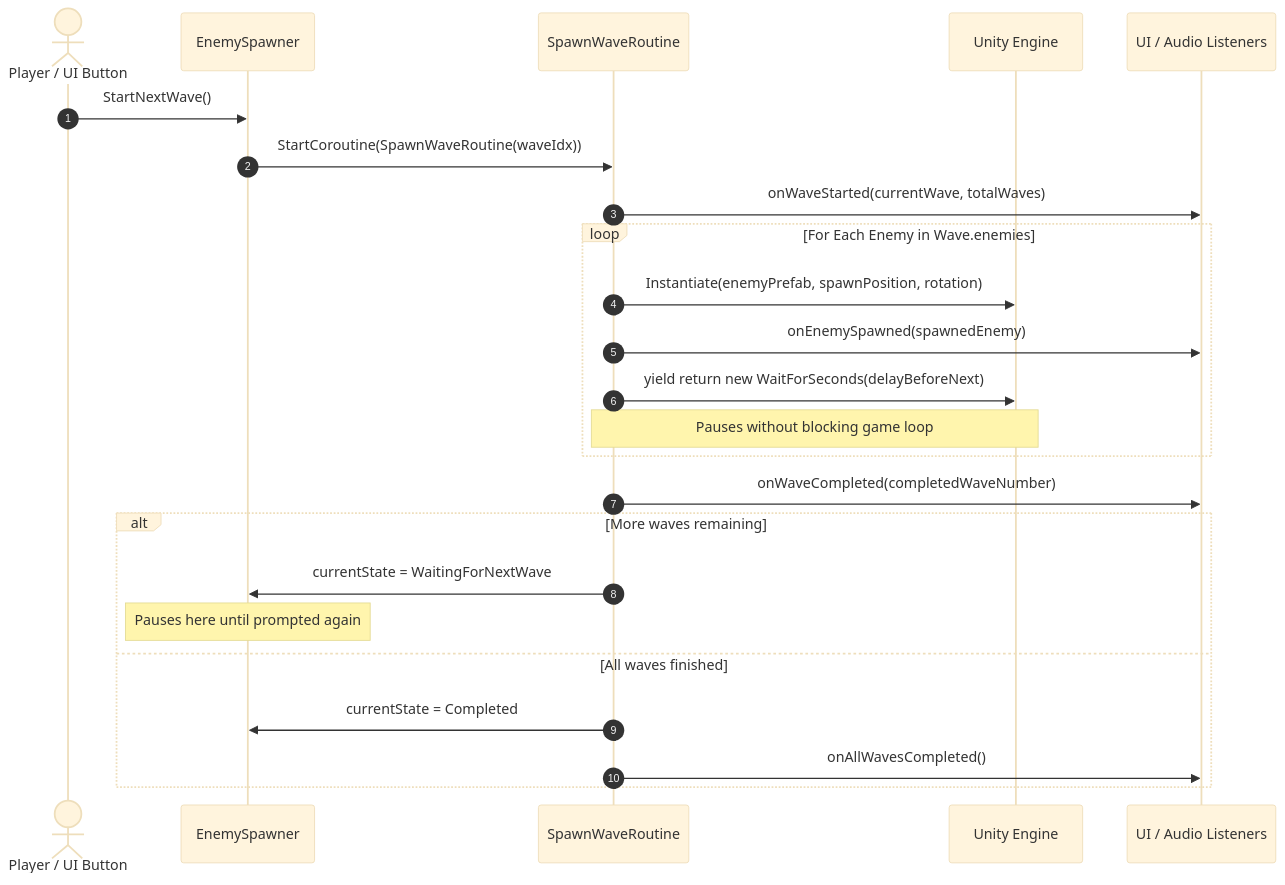
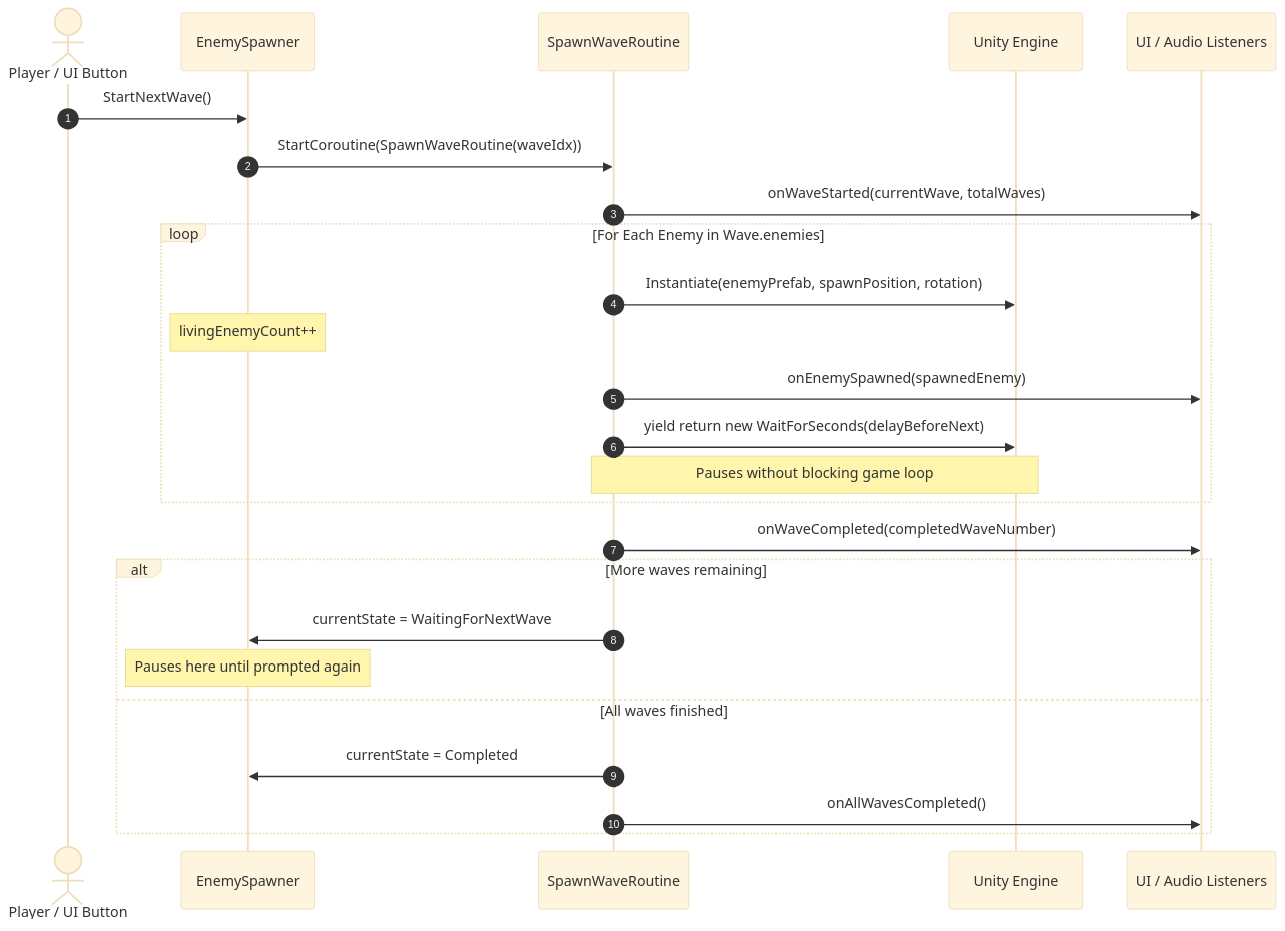
One commit to MetalBear4-2243/HoldtheHill changed the second of 2 diagrams in Documentation/EnemySpawner_Documentation.md. Above: the diagram before and after it, drawn with Mermaid (base theme). The commit also changed other lines of this file and 6 other files, not shown here.

First line of the commit message:
Add living enemy counter to EnemySpawner and hook enemy spawn and death events

````diff
--- a/Documentation/EnemySpawner_Documentation.md
+++ b/Documentation/EnemySpawner_Documentation.md
@@ -131,30 +168,31 @@
 ```mermaid
 sequenceDiagram
     autonumber
     actor Player as Player / UI Button
     participant Spawner as EnemySpawner
     participant Coroutine as SpawnWaveRoutine
     participant Unity as Unity Engine
     participant Listeners as UI / Audio Listeners
 
     Player->>Spawner: StartNextWave()
     Spawner->>Coroutine: StartCoroutine(SpawnWaveRoutine(waveIdx))
     Coroutine->>Listeners: onWaveStarted(currentWave, totalWaves)
     
     loop For Each Enemy in Wave.enemies
         Coroutine->>Unity: Instantiate(enemyPrefab, spawnPosition, rotation)
+        Note over Spawner: livingEnemyCount++
         Coroutine->>Listeners: onEnemySpawned(spawnedEnemy)
         Coroutine->>Unity: yield return new WaitForSeconds(delayBeforeNext)
         Note over Coroutine,Unity: Pauses without blocking game loop
     end
 
     Coroutine->>Listeners: onWaveCompleted(completedWaveNumber)
     
     alt More waves remaining
         Coroutine->>Spawner: currentState = WaitingForNextWave
         Note over Spawner: Pauses here until prompted again
     else All waves finished
         Coroutine->>Spawner: currentState = Completed
         Coroutine->>Listeners: onAllWavesCompleted()
     end
 ```
````
